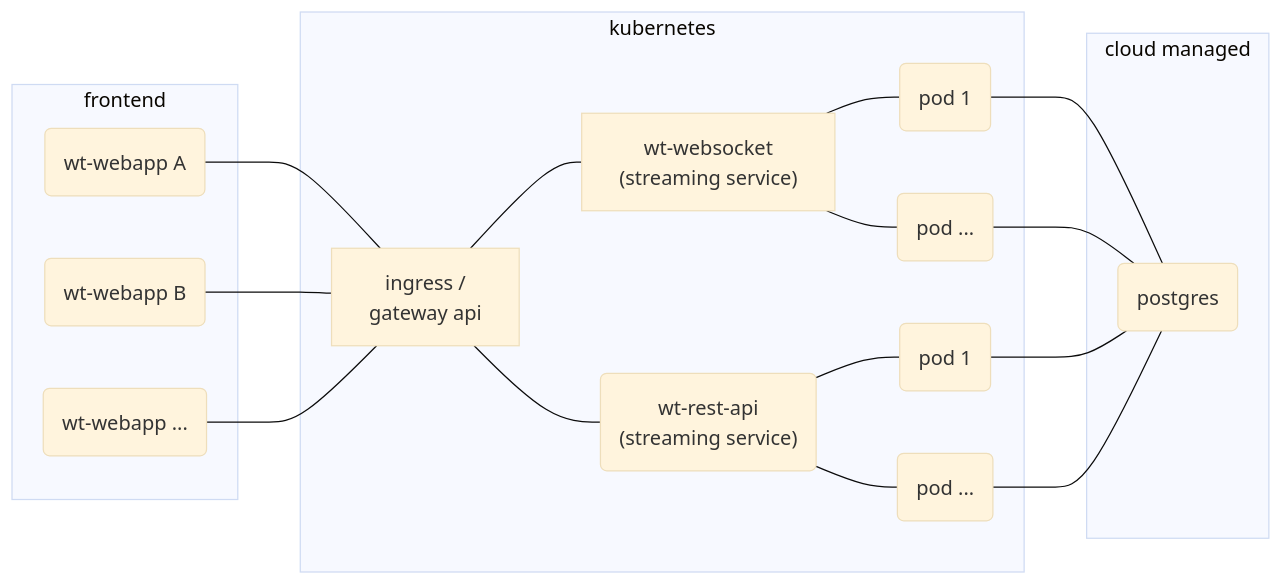
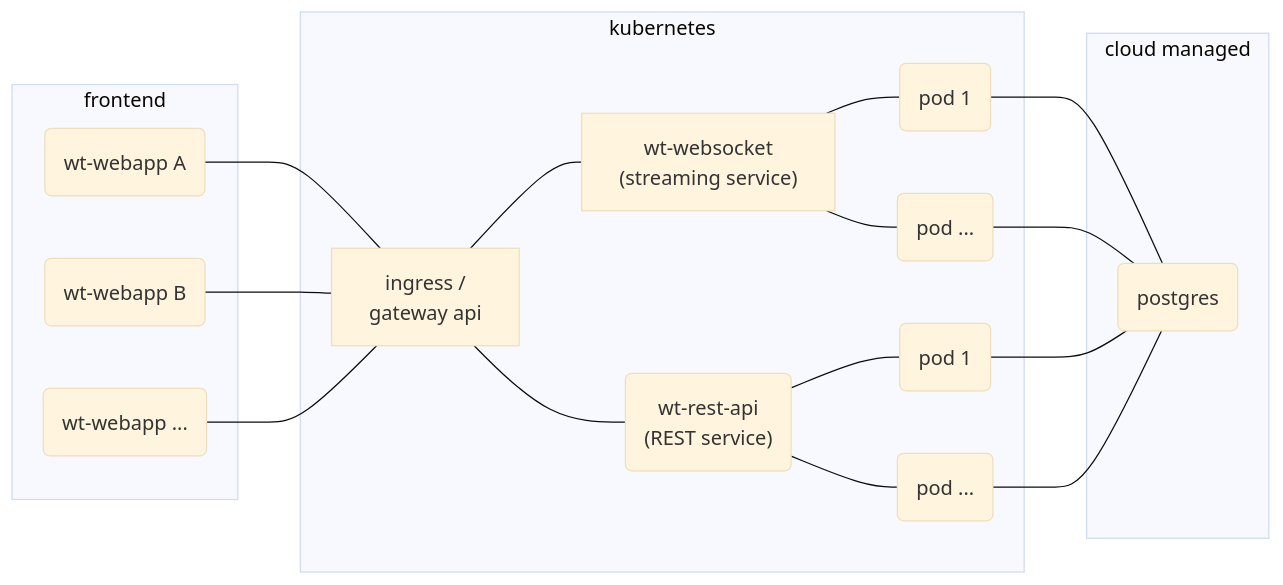
The second of 3 diagrams in README.md (whisperpine/walkie-talkie), drawn with Mermaid (base theme) before and after one commit. The commit also changed other lines of this file, not shown here.

````diff
--- a/README.md
+++ b/README.md
@@ -67,40 +64,40 @@
 ```mermaid
 flowchart LR
   subgraph frontend
     webapp_a("wt-webapp A")
     webapp_b("wt-webapp B")
     webapp_c("wt-webapp ...")
   end
 
   webapp_a --- gateway
   webapp_b --- gateway
   webapp_c --- gateway
 
   subgraph kubernetes
     gateway["ingress /<br>gateway api"]
     wc["wt-websocket<br>(streaming service)"]
-    restapi("wt-rest-api<br>(streaming service)")
+    restapi("wt-rest-api<br>(REST service)")
     wc_pod_a("pod 1")
     wc_pod_b("pod ...")
     restapi_pod_a("pod 1")
     restapi_pod_b("pod ...")
 
     gateway --- wc
     gateway --- restapi
 
     wc --- wc_pod_a
     wc --- wc_pod_b
 
     restapi --- restapi_pod_a
     restapi --- restapi_pod_b
   end
 
   wc_pod_a --- db
   wc_pod_b --- db
   restapi_pod_a --- db
   restapi_pod_b --- db
 
   subgraph cloud managed
     db("postgres")
   end
 ```
````
